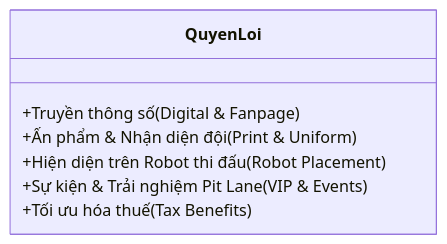
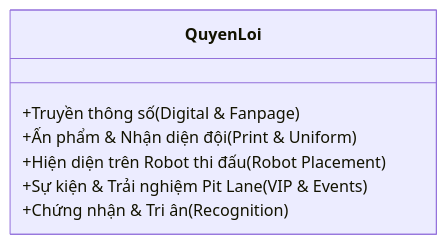
Before and after one commit to Minhmice/roboticssocson: the second of 4 diagrams in docs/campaign-2026-2027/05-goi-tai-tro-doanh-nghiep.md, drawn with Mermaid. The commit also changed other lines of this file and 304 other files, not shown here.

````diff
--- a/docs/campaign-2026-2027/05-goi-tai-tro-doanh-nghiep.md
+++ b/docs/campaign-2026-2027/05-goi-tai-tro-doanh-nghiep.md
@@ -60,10 +41,10 @@
 ```mermaid
 classDiagram
     class QuyenLoi {
         +Truyền thông số (Digital & Fanpage)
         +Ấn phẩm & Nhận diện đội (Print & Uniform)
         +Hiện diện trên Robot thi đấu (Robot Placement)
         +Sự kiện & Trải nghiệm Pit Lane (VIP & Events)
-        +Tối ưu hóa thuế (Tax Benefits)
+        +Chứng nhận & Tri ân (Recognition)
     }
 ```
````
